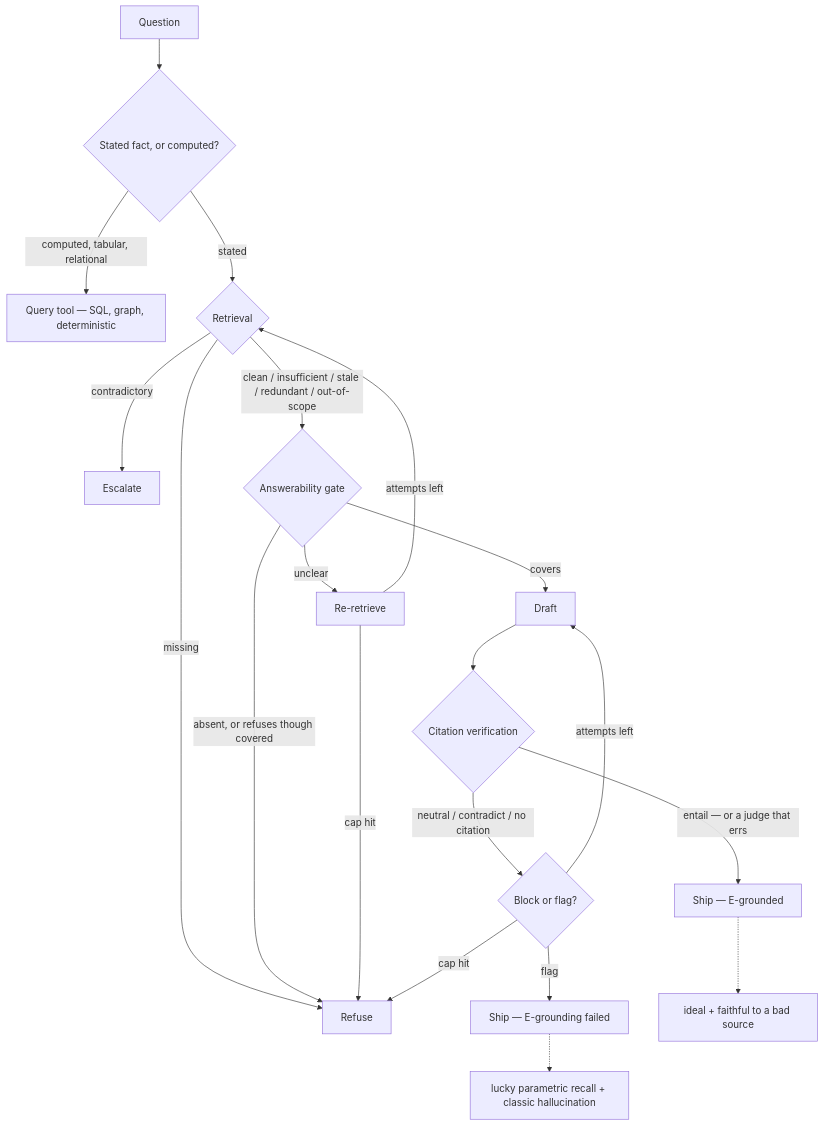
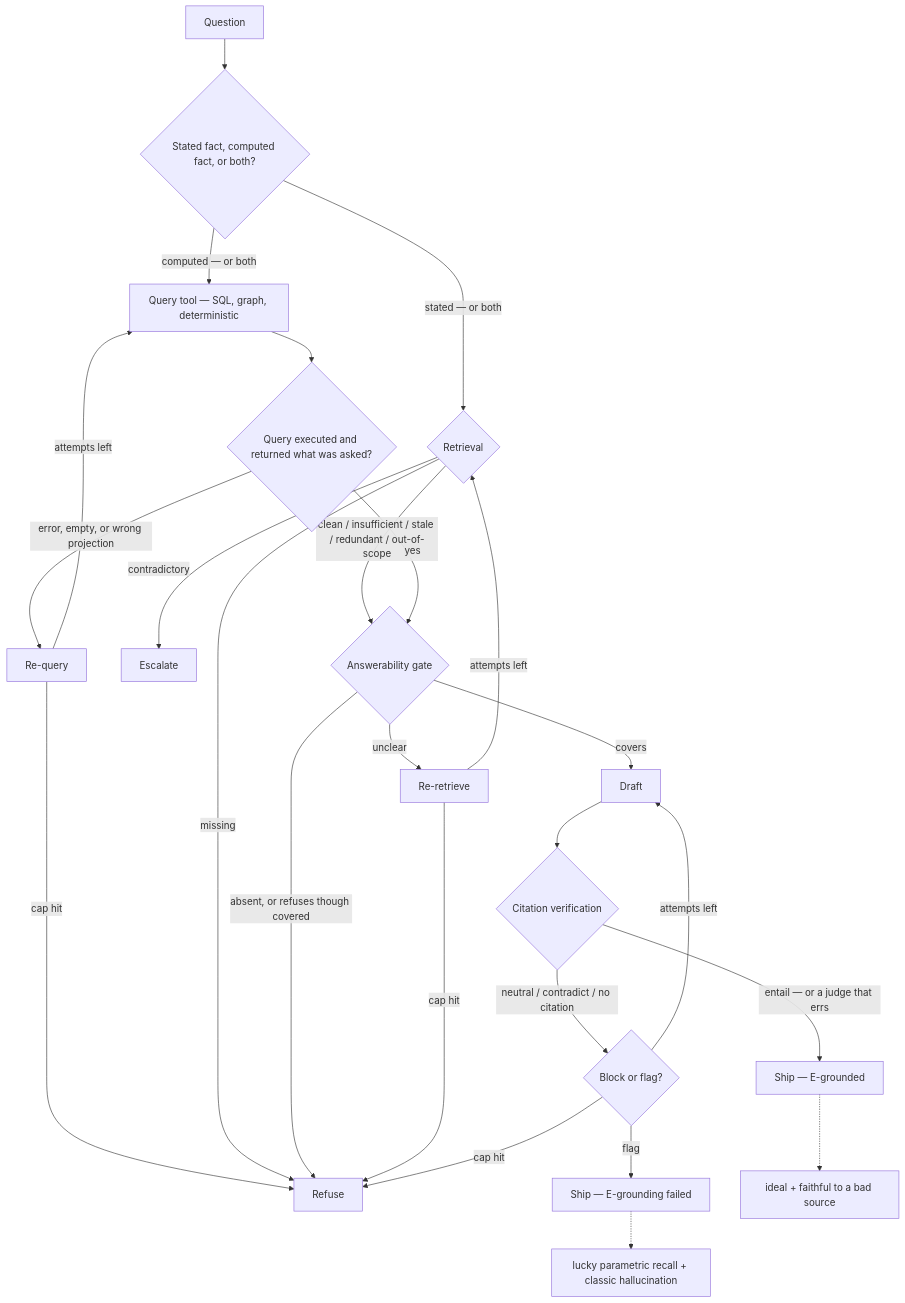
The second of 2 diagrams in Harness Engineering/modules/05-context-engineering-2/README.md (akshayDev17/GenAI_notes), drawn with Mermaid before and after one commit. The commit also changed other lines of this file and 3 other files, not shown here.

````diff
--- a/Harness Engineering/modules/05-context-engineering-2/README.md
+++ b/Harness Engineering/modules/05-context-engineering-2/README.md
@@ -315,22 +317,27 @@
 ```mermaid
 flowchart TD
-    Q["Question"] --> FT{"Stated fact, or computed?"}
-    FT -->|"computed, tabular, relational"| TOOL["Query tool — SQL, graph, deterministic"]
-    FT -->|"stated"| RET{"Retrieval"}
-    RET -->|"missing"| REF["Refuse"]
+    Q["Question"] --> FT{"Stated fact, computed fact, or both?"}
+    FT -->|"stated — or both"| RET{"Retrieval"}
+    FT -->|"computed — or both"| TOOL["Query tool — SQL, graph, deterministic"]
+    TOOL --> QOK{"Query executed and returned what was asked?"}
+    QOK -->|"error, empty, or wrong projection"| REQ["Re-query"]
+    REQ -->|"attempts left"| TOOL
+    REQ -->|"cap hit"| REF["Refuse"]
+    RET -->|"missing"| REF
     RET -->|"contradictory"| ESC["Escalate"]
     RET -->|"clean / insufficient / stale / redundant / out-of-scope"| GATE{"Answerability gate"}
+    QOK -->|"yes"| GATE
     GATE -->|"absent, or refuses though covered"| REF
     GATE -->|"unclear"| LOOP["Re-retrieve"]
     LOOP -->|"attempts left"| RET
     LOOP -->|"cap hit"| REF
     GATE -->|"covers"| DRAFT["Draft"]
     DRAFT --> VER{"Citation verification"}
     VER -->|"entail — or a judge that errs"| SHIP["Ship — E-grounded"]
     VER -->|"neutral / contradict / no citation"| FIX{"Block or flag?"}
     FIX -->|"attempts left"| DRAFT
     FIX -->|"cap hit"| REF
     FIX -->|"flag"| FLAG["Ship — E-grounding failed"]
     SHIP -.-> C12["ideal + faithful to a bad source"]
     FLAG -.-> C34["lucky parametric recall + classic hallucination"]
 ```
````
